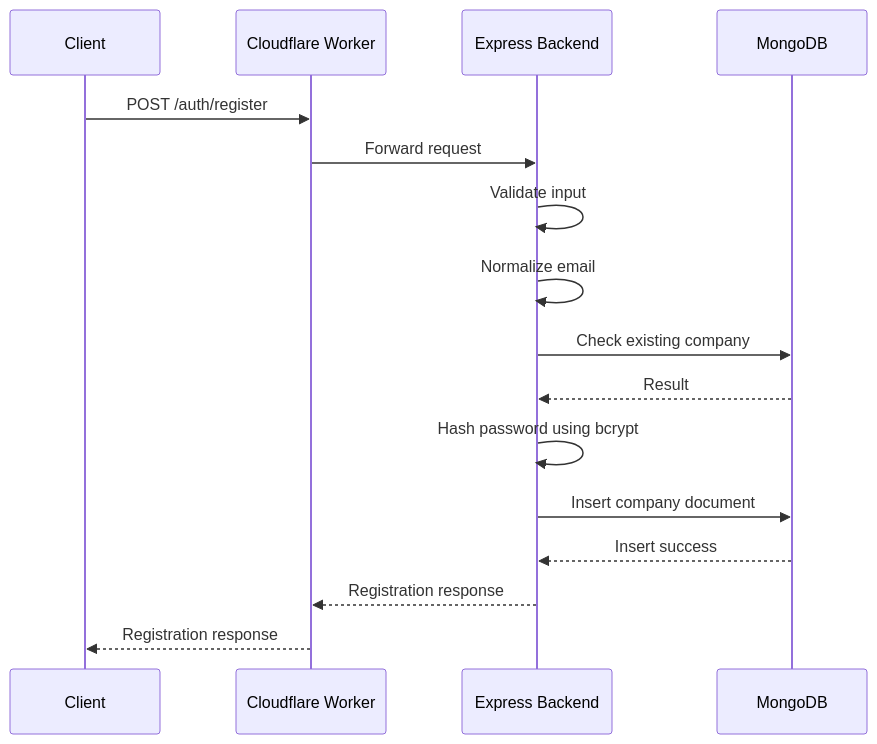
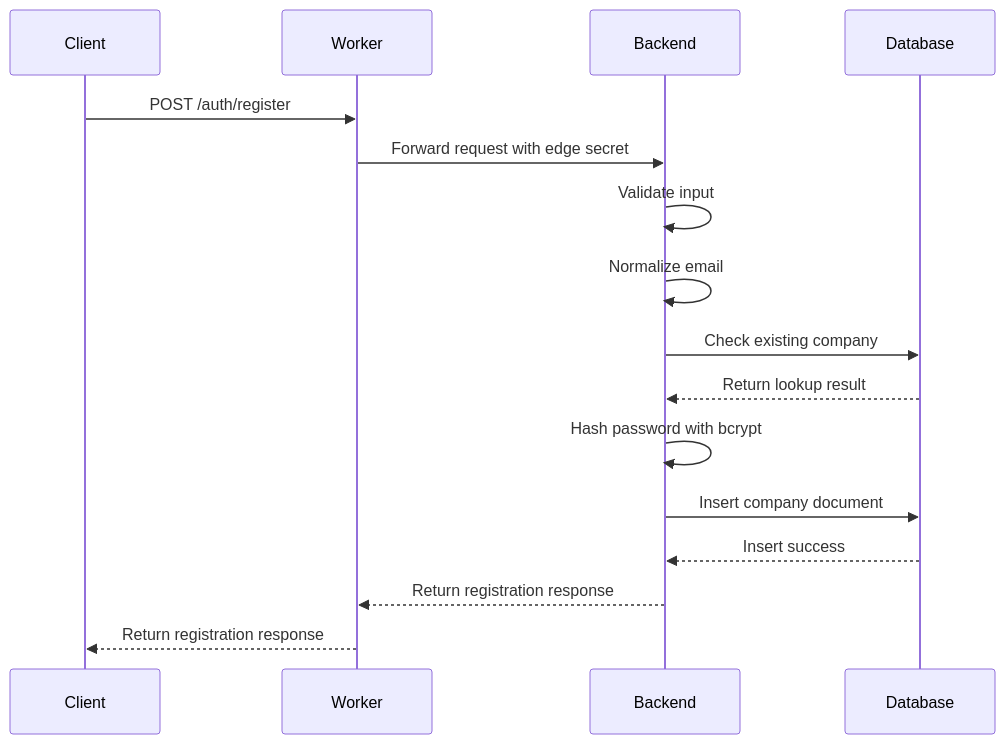
One commit to mahmoudkaradamour/attendify-server changed the seventh of 17 diagrams in docs/architecture.md. Above: the diagram before and after it, drawn with Mermaid. The commit also changed other lines of this file, not shown here.

Commit message:
fix: correct Mermaid sequence diagrams for auth and registration flows

````diff
--- a/docs/architecture.md
+++ b/docs/architecture.md
@@ -293,19 +300,24 @@
 ```mermaid
 sequenceDiagram
-    participant Client as Client
-    participant Worker as Cloudflare Worker
-    participant Backend as Express Backend
-    participant DB as MongoDB
+    participant Client
+    participant Worker
+    participant Backend
+    participant Database
 
     Client->>Worker: POST /auth/register
-    Worker->>Backend: Forward request
+    Worker->>Backend: Forward request with edge secret
+
     Backend->>Backend: Validate input
     Backend->>Backend: Normalize email
-    Backend->>DB: Check existing company
-    DB-->>Backend: Result
-    Backend->>Backend: Hash password using bcrypt
-    Backend->>DB: Insert company document
-    DB-->>Backend: Insert success
-    Backend-->>Worker: Registration response
-    Worker-->>Client: Registration response
+
+    Backend->>Database: Check existing company
+    Database-->>Backend: Return lookup result
+
+    Backend->>Backend: Hash password with bcrypt
+
+    Backend->>Database: Insert company document
+    Database-->>Backend: Insert success
+
+    Backend-->>Worker: Return registration response
+    Worker-->>Client: Return registration response
 ```
````
